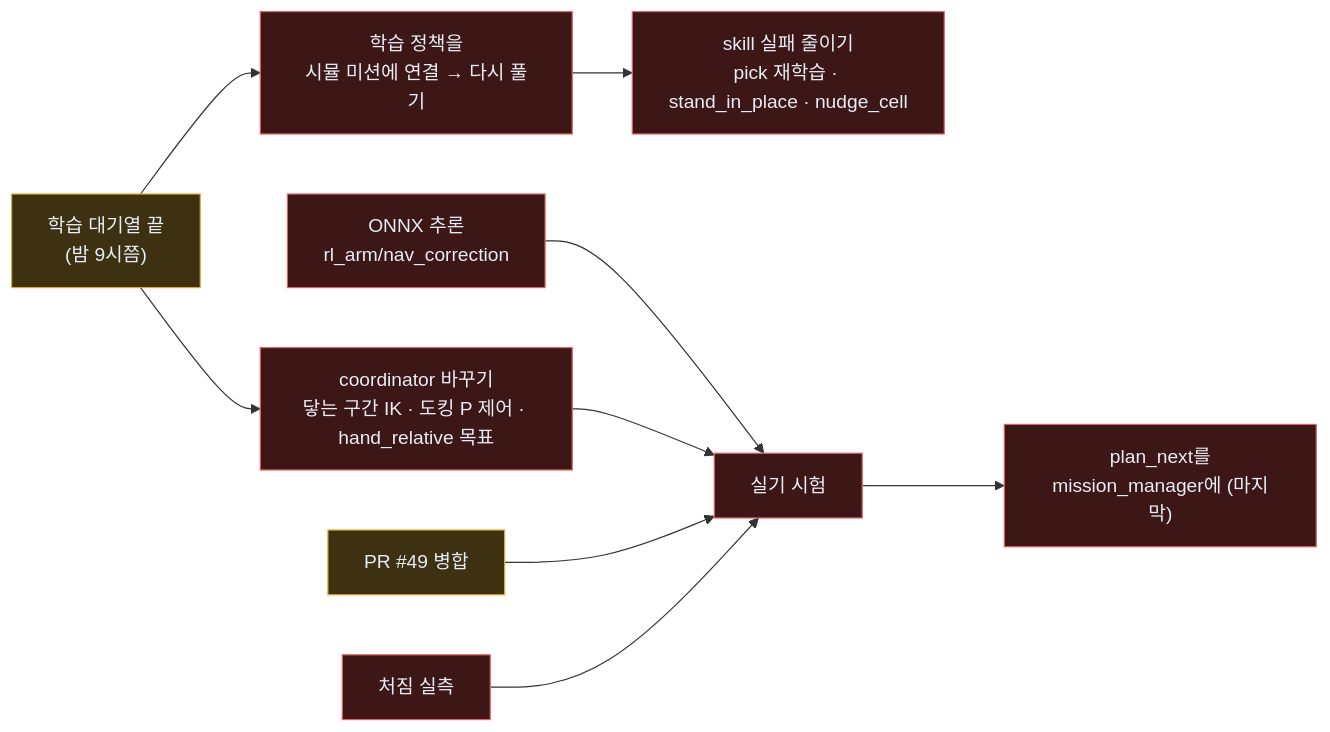
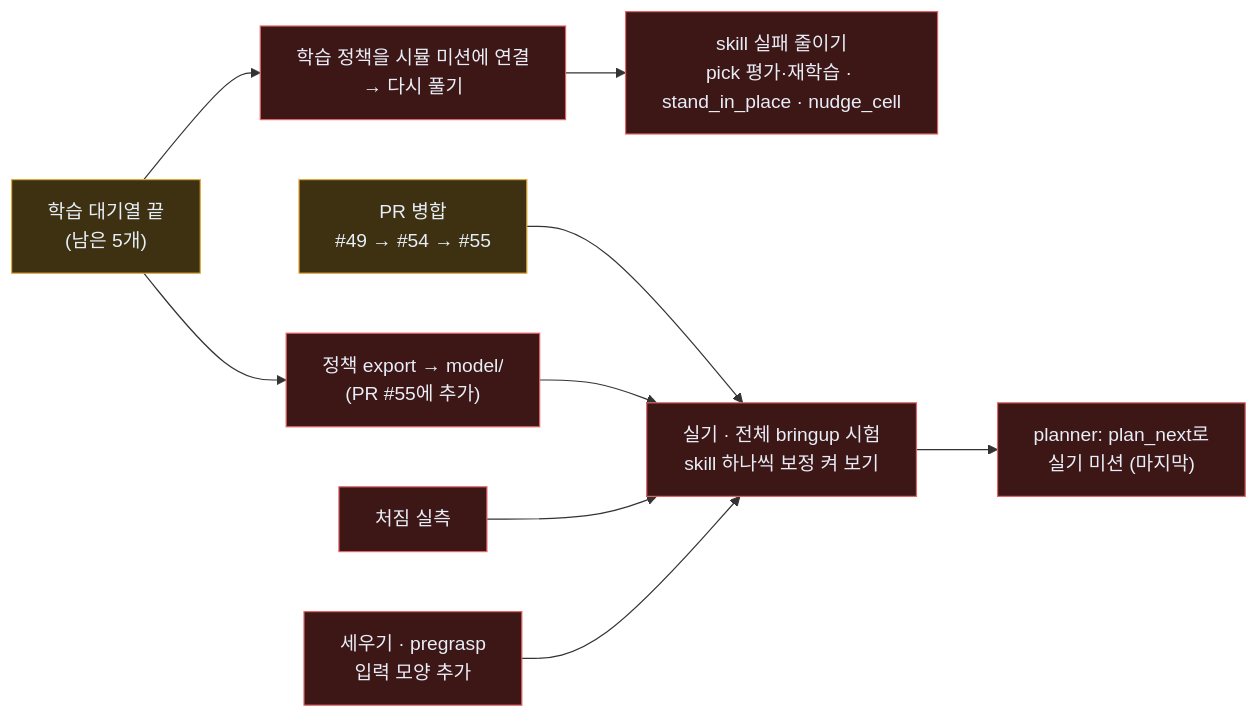
One commit to JuneKunst/JuneKunst.github.io changed the ninth of 9 diagrams in bee/system-map.md. Above: the diagram before and after it, drawn with Mermaid. The commit also changed other lines of this file and 1 other file, not shown here.

````diff
--- a/bee/system-map.md
+++ b/bee/system-map.md
@@ -387,14 +376,13 @@
 ```mermaid
 flowchart LR
-  g6_A["학습 대기열 끝<br/>(밤 9시쯤)"]:::wip --> g6_B["학습 정책을<br/>시뮬 미션에 연결 → 다시 풀기"]:::no
-  g6_B --> g6_C["skill 실패 줄이기<br/>pick 재학습 · stand_in_place · nudge_cell"]:::no
-  g6_A --> g6_D["coordinator 바꾸기<br/>닿는 구간 IK · 도킹 P 제어 · hand_relative 목표"]:::no
-  g6_E["ONNX 추론<br/>rl_arm/nav_correction"]:::no --> g6_F["실기 시험"]:::no
-  g6_D --> g6_F
-  g6_G["PR #49 병합"]:::wip --> g6_F
+  g6_A["학습 대기열 끝<br/>(남은 5개)"]:::wip --> g6_B["정책 export → model/<br/>(PR #55에 추가)"]:::no
+  g6_A --> g6_S["학습 정책을 시뮬 미션에 연결<br/>→ 다시 풀기"]:::no
+  g6_S --> g6_C["skill 실패 줄이기<br/>pick 평가·재학습 · stand_in_place · nudge_cell"]:::no
+  g6_M["PR 병합<br/>#49 → #54 → #55"]:::wip --> g6_F["실기 · 전체 bringup 시험<br/>skill 하나씩 보정 켜 보기"]:::no
+  g6_B --> g6_F
   g6_H["처짐 실측"]:::no --> g6_F
-  g6_F --> g6_I["plan_next를<br/>mission_manager에 (마지막)"]:::no
-  classDef ok fill:#123d2a,stroke:#3fbf7f,color:#e8eef8
+  g6_L["세우기 · pregrasp<br/>입력 모양 추가"]:::no --> g6_F
+  g6_F --> g6_I["planner: plan_next로<br/>실기 미션 (마지막)"]:::no
   classDef wip fill:#3d3112,stroke:#e2a83a,color:#e8eef8
   classDef no fill:#3d1616,stroke:#e06666,color:#e8eef8
 ```
````
